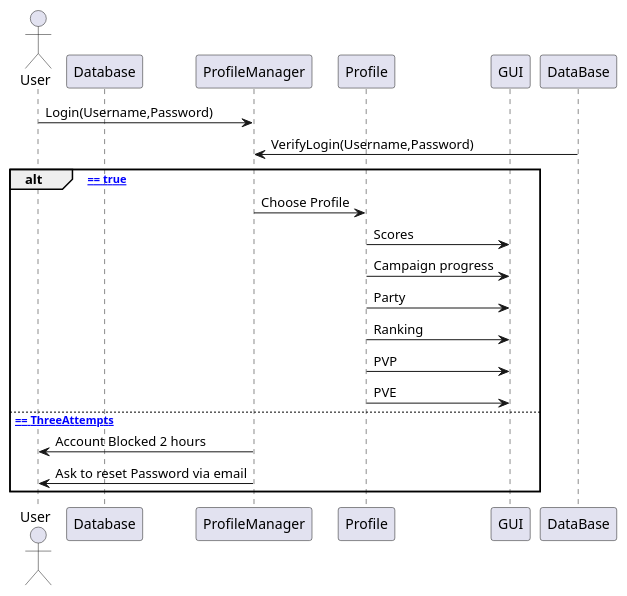
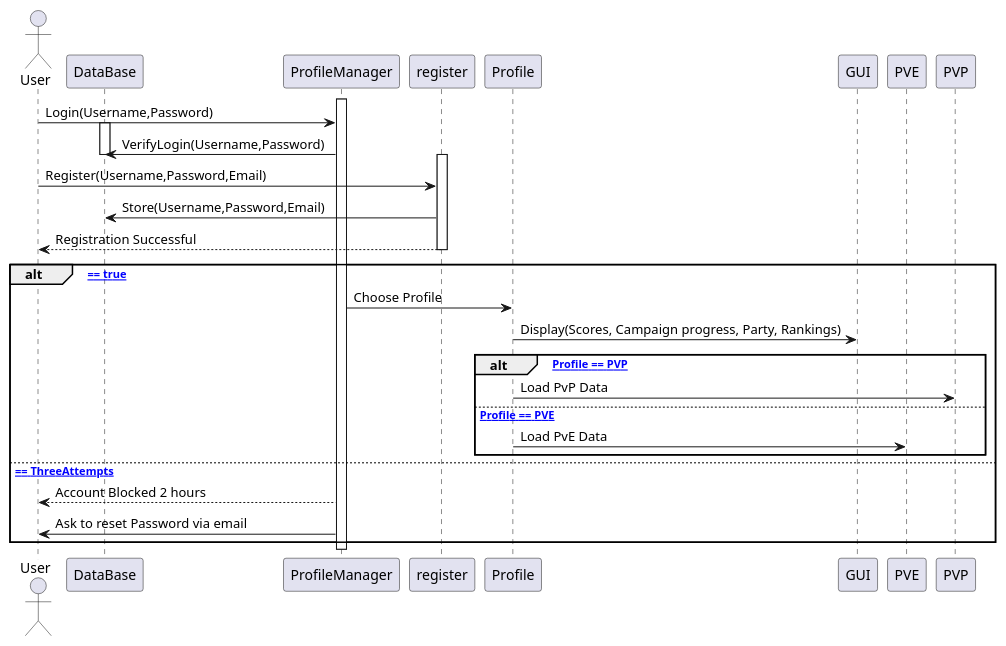
One commit to JosefG50/2203-Legends-of-Sword-and-Wand changed the diagram in rpg-legends/docs/uml/Profile.plantuml. Above: the diagram before and after it, drawn with PlantUML.

Commit message:
docs(sequence): add registration and game mode selection logic

```diff
--- a/rpg-legends/docs/uml/Profile.plantuml
+++ b/rpg-legends/docs/uml/Profile.plantuml
@@ -7,35 +7,55 @@
 @startuml
 actor User
-participant Database
+participant DataBase
 participant ProfileManager
+participant register
 participant Profile
 participant GUI
+participant PVE
+participant PVP
 
+'Register'
+'activate getShopUseCase
+'getShopUseCase --> Inn: getShop()
+'activate Inn
+'Inn -> getShopUseCase: shop: String
+'deactivate Inn
+activate ProfileManager
 User -> ProfileManager : Login(Username,Password)
+activate DataBase
+ProfileManager -> DataBase : VerifyLogin(Username,Password)
+deactivate DataBase
 
-DataBase -> ProfileManager : VerifyLogin(Username,Password)
+activate register
+User -> register : Register(Username,Password,Email)
+register -> DataBase : Store(Username,Password,Email)
+register --> User : Registration Successful
+deactivate register
 
 
 alt [VerifyLogin(Username,Password) == true]
     'A if statement that if the 
     'User -> ProfileManager: Username
     'User -> ProfileManager: Password
     ProfileManager -> Profile :Choose Profile
-    Profile -> GUI :Scores
-    Profile -> GUI :Campaign progress
-    Profile -> GUI :Party
-    Profile -> GUI :Ranking
-    Profile -> GUI :PVP
-    Profile -> GUI :PVE
+     Profile -> GUI : Display(Scores, Campaign progress, Party, Rankings)
+    alt [Choose Profile == PVP]
+       Profile -> PVP : Load PvP Data
+    else [Choose Profile == PVE]
+        Profile -> PVE : Load PvE Data
+    end
+  
+
     'PvE or PvP"
 
 else [VerifyLogin == ThreeAttempts]
  'Blocked user
  'Incorrect password locked out'
- ProfileManager -> User: Account Blocked 2 hours
+ ProfileManager --> User: Account Blocked 2 hours
  ProfileManager -> User: Ask to reset Password via email
 
 
 end
+deactivate ProfileManager
 
 @enduml 
```
